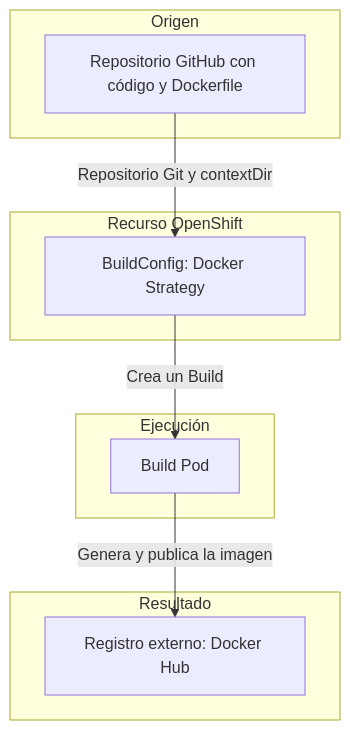
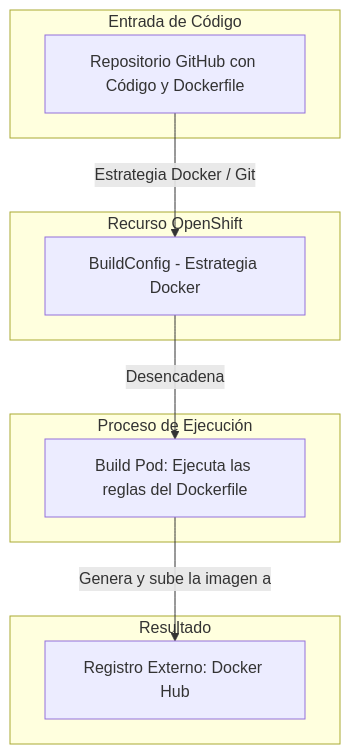
Before and after one commit to ieftraining/curso-openshift: the second of 6 diagrams in docs/sesion4/4.5 Construir en la plataforma.md, drawn with Mermaid. The commit also changed other lines of this file, not shown here.

````diff
--- a/docs/sesion4/4.5 Construir en la plataforma.md
+++ b/docs/sesion4/4.5 Construir en la plataforma.md
@@ -52,22 +43,18 @@
 ```mermaid
 flowchart TD
-    subgraph Entrada ["Origen"]
-        A[Repositorio GitHub con código y Dockerfile]
+    subgraph Entrada[Entrada de Código]
+        A[Repositorio GitHub con Código y Dockerfile]
     end
-
-    subgraph Recurso ["Recurso OpenShift"]
-        BC[BuildConfig: Docker Strategy]
+    subgraph Recurso[Recurso OpenShift]
+        BC[BuildConfig - Estrategia Docker]
     end
-
-    subgraph Ejecucion ["Ejecución"]
-        Build[Build Pod]
+    subgraph Proceso[Proceso de Ejecución]
+        Build[Build Pod: Ejecuta las reglas del Dockerfile]
     end
-
-    subgraph Resultado ["Resultado"]
-        RegExt[Registro externo: Docker Hub]
+    subgraph Resultado
+        RegExt[Registro Externo: Docker Hub]
     end
-
-    A -->|Repositorio Git y contextDir| BC
-    BC -->|Crea un Build| Build
-    Build -->|Genera y publica la imagen| RegExt
+    A -->|Estrategia Docker / Git| BC
+    BC -->|Desencadena| Build
+    Build -->|Genera y sube la imagen a| RegExt
 ```
````
